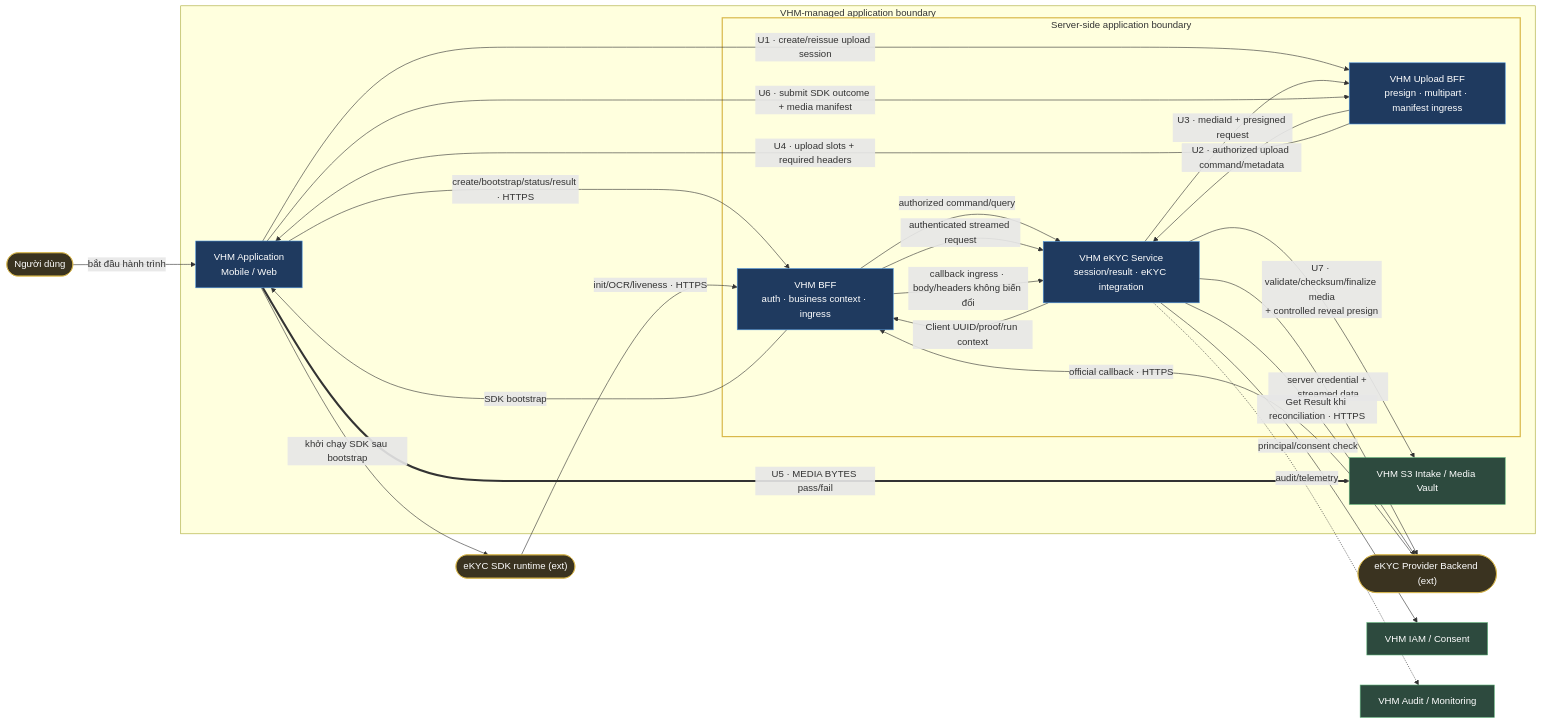
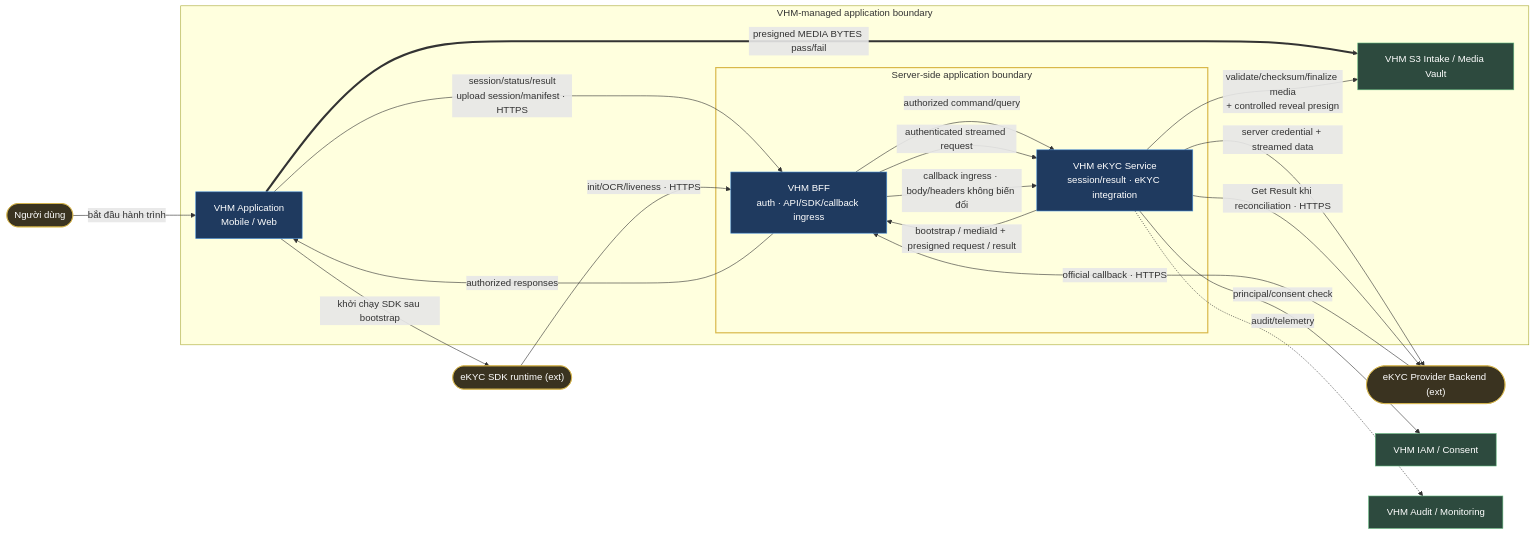
Before and after one commit to huynv-xyz/vhm: the second of 19 diagrams in tdd2.md, drawn with Mermaid. The commit also changed other lines of this file, not shown here.

````diff
--- a/tdd2.md
+++ b/tdd2.md
@@ -426,45 +413,39 @@
 ```mermaid
 flowchart LR
     USER(["Người dùng"]):::entity
     SDK(["eKYC SDK runtime (ext)"]):::entity
     BACKEND(["eKYC Provider Backend (ext)"]):::entity
     IAM["VHM IAM / Consent"]:::owned
     OBS["VHM Audit / Monitoring"]:::owned
 
     subgraph SYS["VHM-managed application boundary"]
         APP["VHM Application<br/>Mobile / Web"]:::bc
         S3["VHM S3 Intake / Media Vault"]:::owned
         subgraph VHMBE["Server-side application boundary"]
-            BFF["VHM BFF<br/>auth · business context · ingress"]:::bc
-            UPLOAD_BFF["VHM Upload BFF<br/>presign · multipart · manifest ingress"]:::bc
+            BFF["VHM BFF<br/>auth · API/SDK/callback ingress"]:::bc
             EKYC_SERVICE["VHM eKYC Service<br/>session/result · eKYC integration"]:::bc
         end
     end
 
     USER -->|bắt đầu hành trình| APP
-    APP -->|create/bootstrap/status/result · HTTPS| BFF
+    APP -->|session/status/result<br/>upload session/manifest · HTTPS| BFF
     BFF -->|authorized command/query| EKYC_SERVICE
-    EKYC_SERVICE -->|Client UUID/proof/run context| BFF
-    BFF -->|SDK bootstrap| APP
     APP -->|khởi chạy SDK sau bootstrap| SDK
-    APP -->|U1 · create/reissue upload session| UPLOAD_BFF
-    UPLOAD_BFF -->|U2 · authorized upload command/metadata| EKYC_SERVICE
-    EKYC_SERVICE -->|U3 · mediaId + presigned request| UPLOAD_BFF
-    UPLOAD_BFF -->|U4 · upload slots + required headers| APP
-    APP ==>|U5 · MEDIA BYTES pass/fail| S3
-    APP -->|U6 · submit SDK outcome + media manifest| UPLOAD_BFF
+    EKYC_SERVICE -->|bootstrap / mediaId + presigned request / result| BFF
+    BFF -->|authorized responses| APP
+    APP ==>|presigned MEDIA BYTES pass/fail| S3
     SDK -->|init/OCR/liveness · HTTPS| BFF
     BFF -->|authenticated streamed request| EKYC_SERVICE
     EKYC_SERVICE -->|server credential + streamed data| BACKEND
     BACKEND -->|official callback · HTTPS| BFF
     BFF -->|callback ingress · body/headers không biến đổi| EKYC_SERVICE
     EKYC_SERVICE -->|Get Result khi reconciliation · HTTPS| BACKEND
     EKYC_SERVICE -->|principal/consent check| IAM
-    EKYC_SERVICE -->|U7 · validate/checksum/finalize media<br/>+ controlled reveal presign| S3
+    EKYC_SERVICE -->|validate/checksum/finalize media<br/>+ controlled reveal presign| S3
     EKYC_SERVICE -.->|audit/telemetry| OBS
 
     classDef bc fill:#1f3a5f,stroke:#4a90d9,color:#fff;
     classDef owned fill:#2d4a3e,stroke:#5fb37a,color:#fff;
     classDef entity fill:#3a3320,stroke:#d9b84a,color:#fff;
     style VHMBE stroke:#d9b84a,stroke-width:2px
 ```
````
